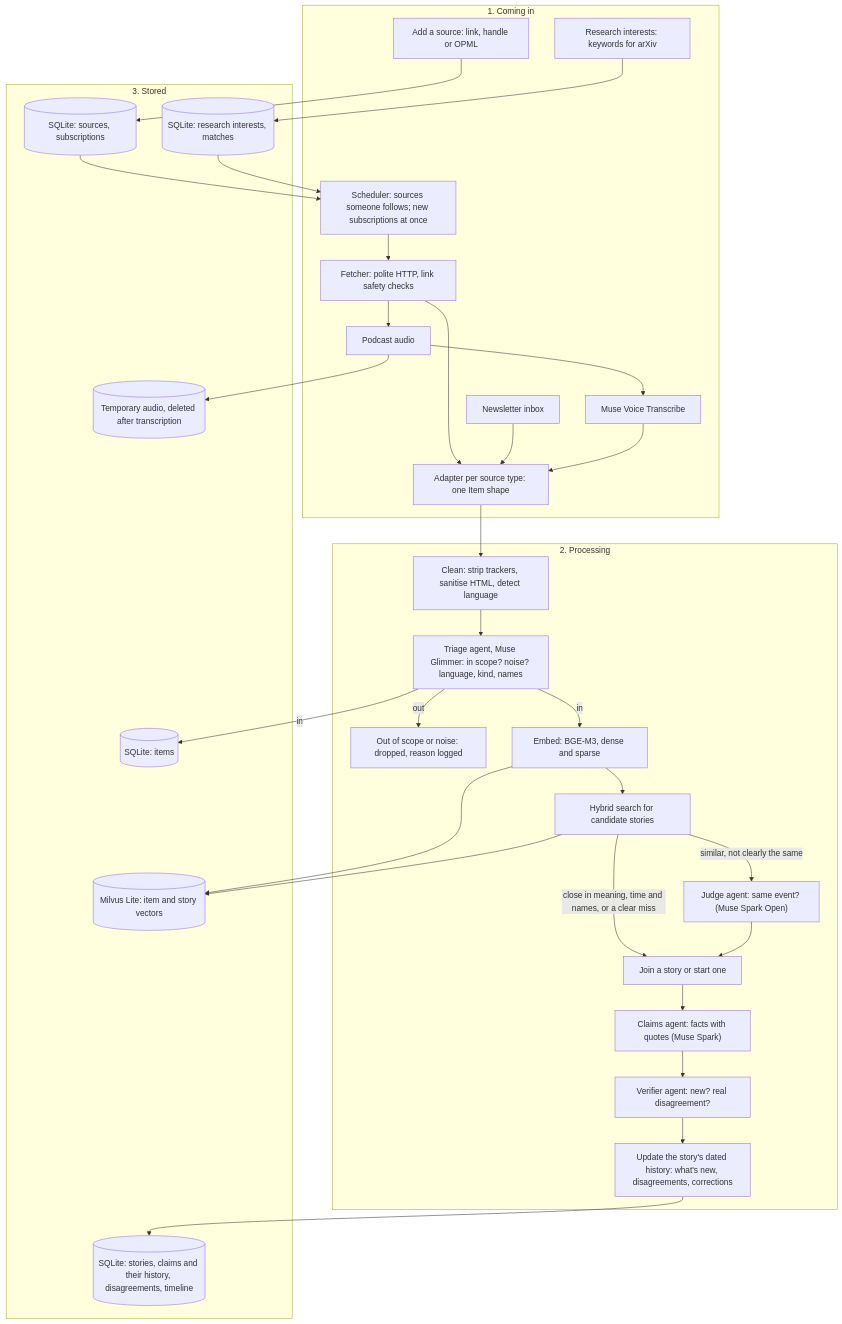
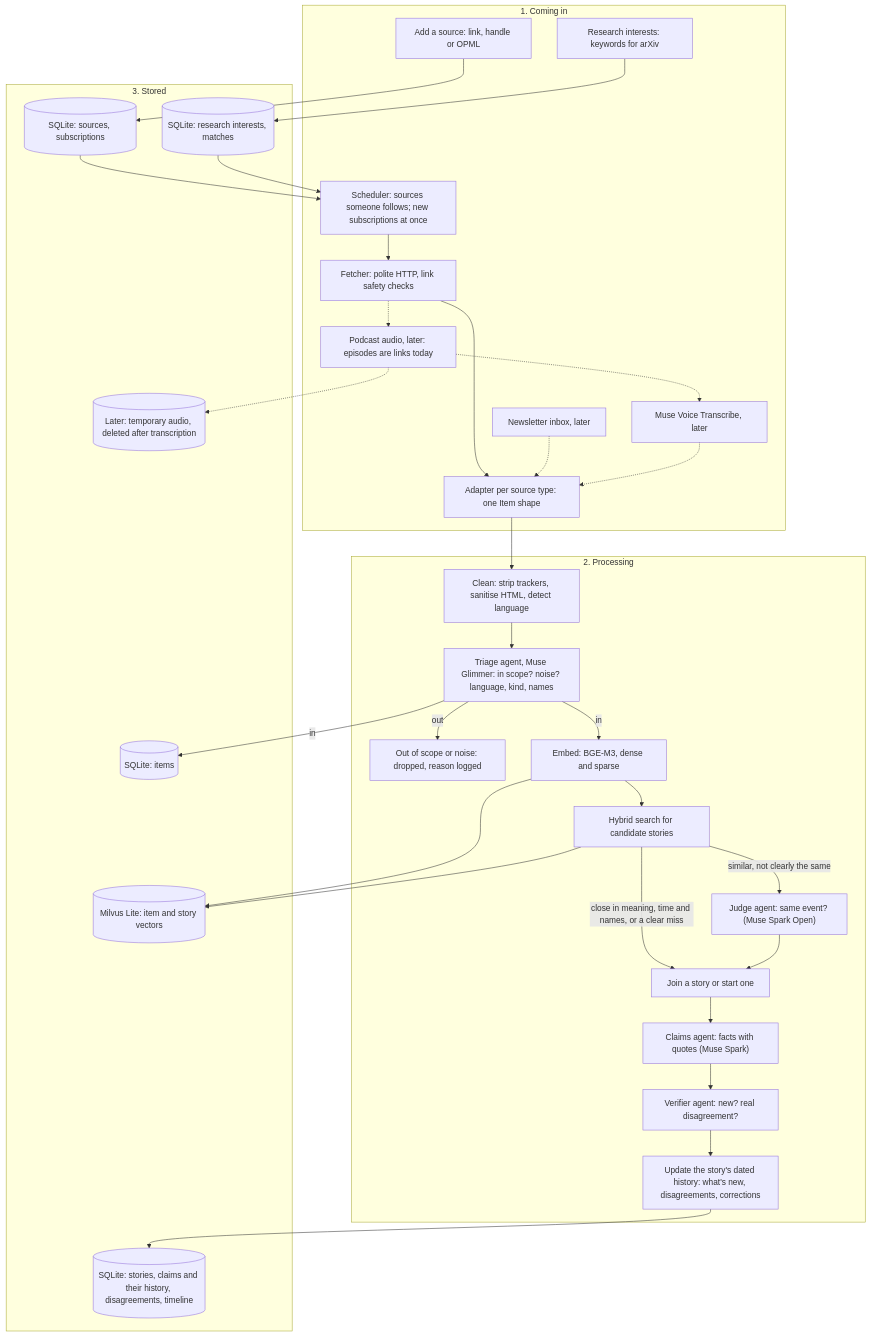
Before and after one commit to ThivaV/OSMS: the third of 8 diagrams in docs/architecture.md, drawn with Mermaid. The commit also changed other lines of this file and 15 other files, not shown here.

````diff
--- a/docs/architecture.md
+++ b/docs/architecture.md
@@ -115,62 +116,62 @@
 ```mermaid
 flowchart TB
     subgraph incoming["1. Coming in"]
         add["Add a source: link, handle or OPML"]
         interest["Research interests: keywords for arXiv"]
         sched["Scheduler: sources someone follows; new subscriptions at once"]
         fetch["Fetcher: polite HTTP, link safety checks"]
         adapt["Adapter per source type: one Item shape"]
-        inbox["Newsletter inbox"]
-        audio["Podcast audio"]
-        stt["Muse Voice Transcribe"]
+        inbox["Newsletter inbox, later"]
+        audio["Podcast audio, later: episodes are links today"]
+        stt["Muse Voice Transcribe, later"]
     end
 
     subgraph processing["2. Processing"]
         clean["Clean: strip trackers, sanitise HTML, detect language"]
         triage["Triage agent, Muse Glimmer: in scope? noise? language, kind, names"]
         dropped["Out of scope or noise: dropped, reason logged"]
         embed["Embed: BGE-M3, dense and sparse"]
         search["Hybrid search for candidate stories"]
         judge["Judge agent: same event? (Muse Spark Open)"]
         assign["Join a story or start one"]
         claims["Claims agent: facts with quotes (Muse Spark)"]
         verify["Verifier agent: new? real disagreement?"]
         update["Update the story's dated history: what's new, disagreements, corrections"]
     end
 
     subgraph stored["3. Stored"]
         db_sources[("SQLite: sources, subscriptions")]
         db_interests[("SQLite: research interests, matches")]
         db_items[("SQLite: items")]
         db_stories[("SQLite: stories, claims and their history, disagreements, timeline")]
         vec[("Milvus Lite: item and story vectors")]
-        tmp[("Temporary audio, deleted after transcription")]
+        tmp[("Later: temporary audio, deleted after transcription")]
     end
 
     add --> db_sources
     interest --> db_interests
     db_sources --> sched
     db_interests --> sched
     sched --> fetch
     fetch --> adapt
-    inbox --> adapt
-    fetch --> audio
-    audio --> tmp
-    audio --> stt
-    stt --> adapt
+    inbox -.-> adapt
+    fetch -.-> audio
+    audio -.-> tmp
+    audio -.-> stt
+    stt -.-> adapt
     adapt --> clean
     clean --> triage
     triage -->|"out"| dropped
     triage -->|"in"| db_items
     triage -->|"in"| embed
     embed --> vec
     embed --> search
     search --> vec
     search -->|"close in meaning, time and names, or a clear miss"| assign
     search -->|"similar, not clearly the same"| judge
     judge --> assign
     assign --> claims
     claims --> verify
     verify --> update
     update --> db_stories
 ```
````
